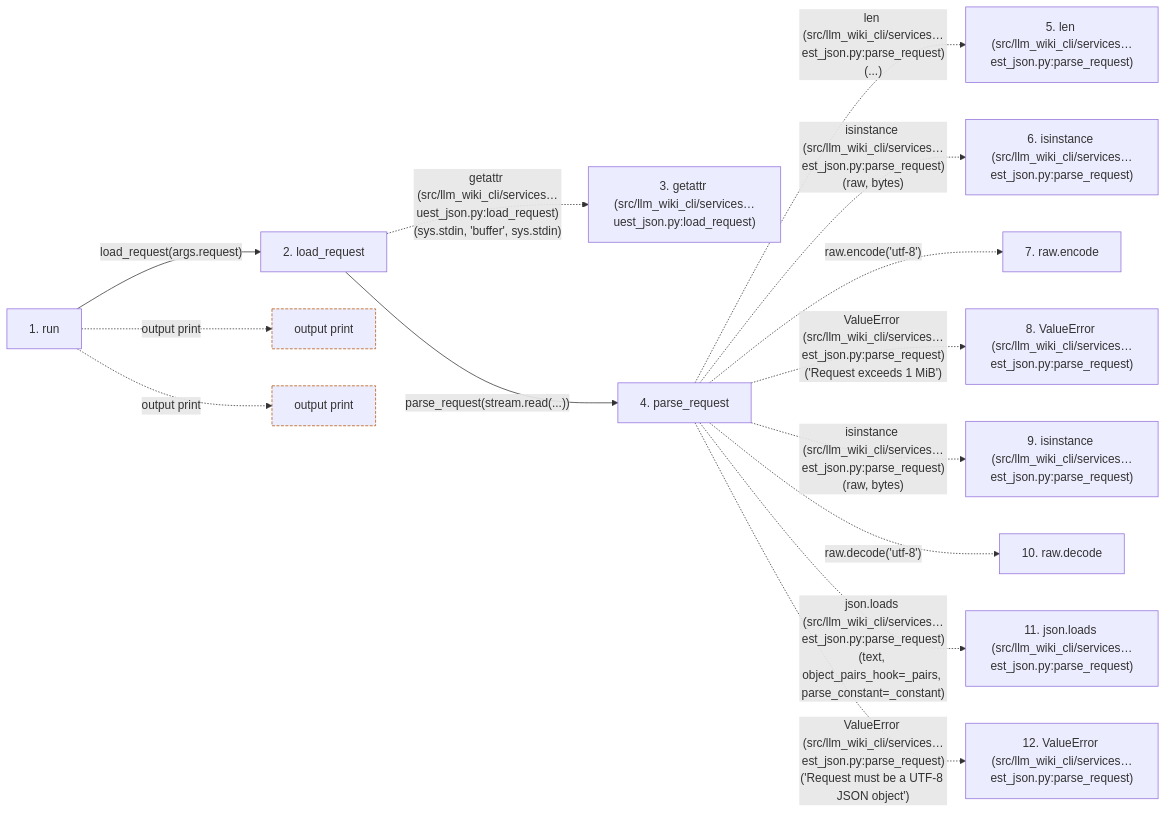
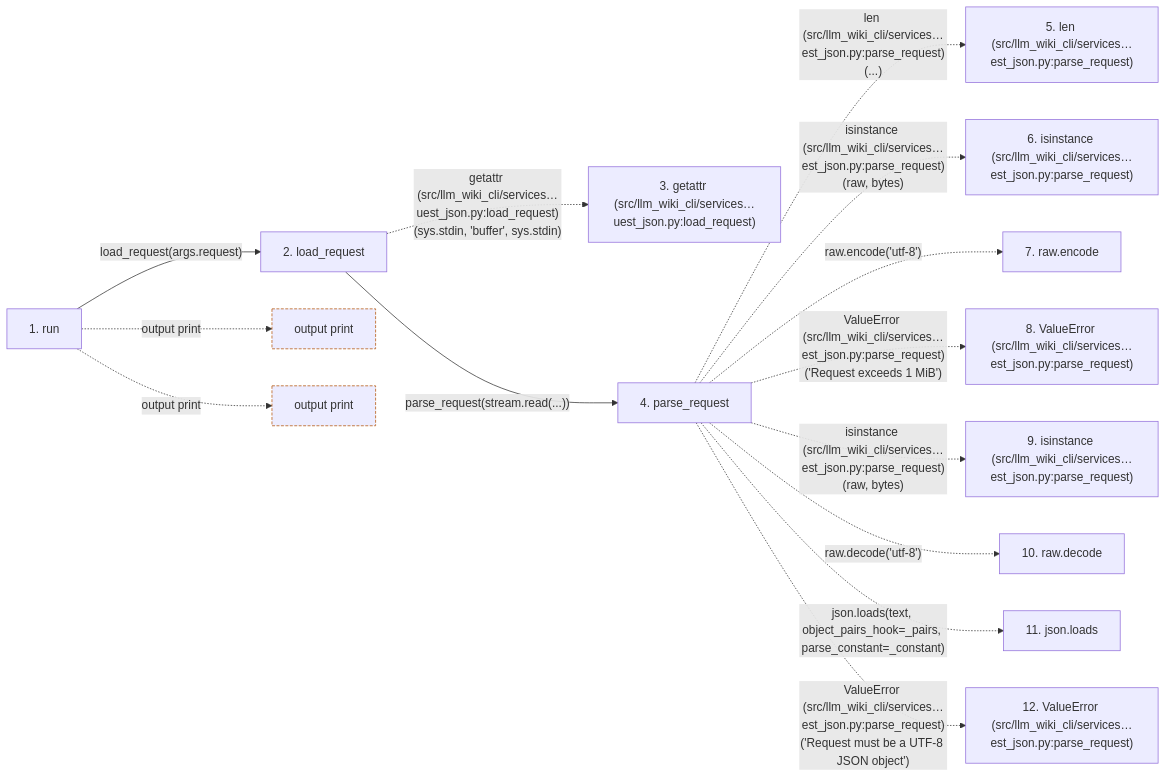
The second of 2 diagrams in docs/llm_wiki/flows/cli-task-context.md (Denissvgn/python-wiki-llm), drawn with Mermaid before and after one commit. The commit also changed other lines of this file and 486 other files, not shown here.

````diff
--- a/docs/llm_wiki/flows/cli-task-context.md
+++ b/docs/llm_wiki/flows/cli-task-context.md
@@ -119,36 +115,36 @@
 ```mermaid
 flowchart LR
     s1["1. run"]
     s2["2. load_request"]
     s3["3. getattr (src/llm_wiki_cli/services…uest_json.py:load_request)"]
     s4["4. parse_request"]
     s5["5. len (src/llm_wiki_cli/services…est_json.py:parse_request)"]
     s6["6. isinstance (src/llm_wiki_cli/services…est_json.py:parse_request)"]
     s7["7. raw.encode"]
     s8["8. ValueError (src/llm_wiki_cli/services…est_json.py:parse_request)"]
     s9["9. isinstance (src/llm_wiki_cli/services…est_json.py:parse_request)"]
     s10["10. raw.decode"]
-    s11["11. json.loads (src/llm_wiki_cli/services…est_json.py:parse_request)"]
+    s11["11. json.loads"]
     s12["12. ValueError (src/llm_wiki_cli/services…est_json.py:parse_request)"]
     s1 -->|"load_request(args.request)"| s2
     s2 -. "getattr (src/llm_wiki_cli/services…uest_json.py:load_request)(sys.stdin, 'buffer', sys.stdin)" .-> s3
     s2 -->|"parse_request(stream.read(...))"| s4
     s4 -. "len (src/llm_wiki_cli/services…est_json.py:parse_request)(...)" .-> s5
     s4 -. "isinstance (src/llm_wiki_cli/services…est_json.py:parse_request)(raw, bytes)" .-> s6
     s4 -. "raw.encode('utf-8')" .-> s7
     s4 -. "ValueError (src/llm_wiki_cli/services…est_json.py:parse_request)('Request exceeds 1 MiB')" .-> s8
     s4 -. "isinstance (src/llm_wiki_cli/services…est_json.py:parse_request)(raw, bytes)" .-> s9
     s4 -. "raw.decode('utf-8')" .-> s10
-    s4 -. "json.loads (src/llm_wiki_cli/services…est_json.py:parse_request)(text, object_pairs_hook=_pairs, parse_constant=_constant)" .-> s11
+    s4 -. "json.loads(text, object_pairs_hook=_pairs, parse_constant=_constant)" .-> s11
     s4 -. "ValueError (src/llm_wiki_cli/services…est_json.py:parse_request)('Request must be a UTF-8 JSON object')" .-> s12
     b0["output print"]
     s1 -. "output print" .-> b0
     b1["output print"]
     s1 -. "output print" .-> b1
     click s1 "../modules/task_cmd.md"
     click s2 "../modules/request_json.md"
     click s4 "../modules/request_json.md"
     classDef boundary stroke:#b45309,stroke-dasharray: 4 2
     class b0 boundary
     class b1 boundary
 ```
````
